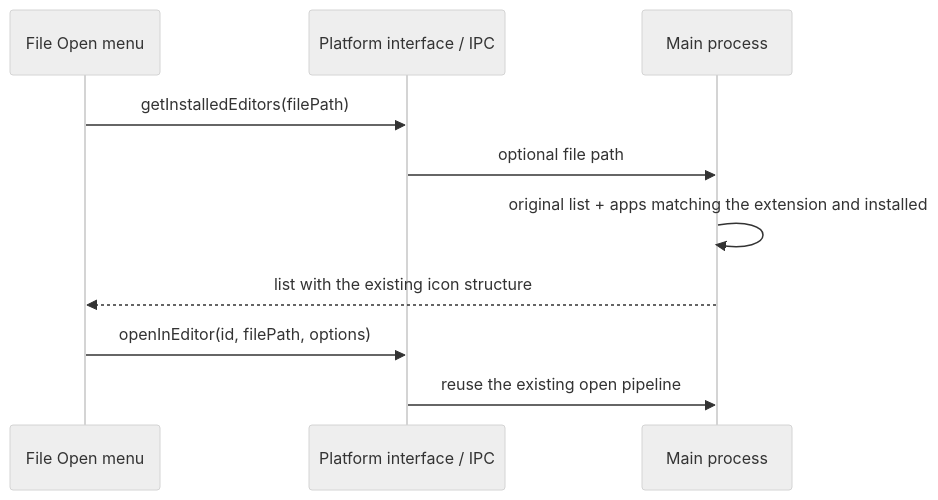
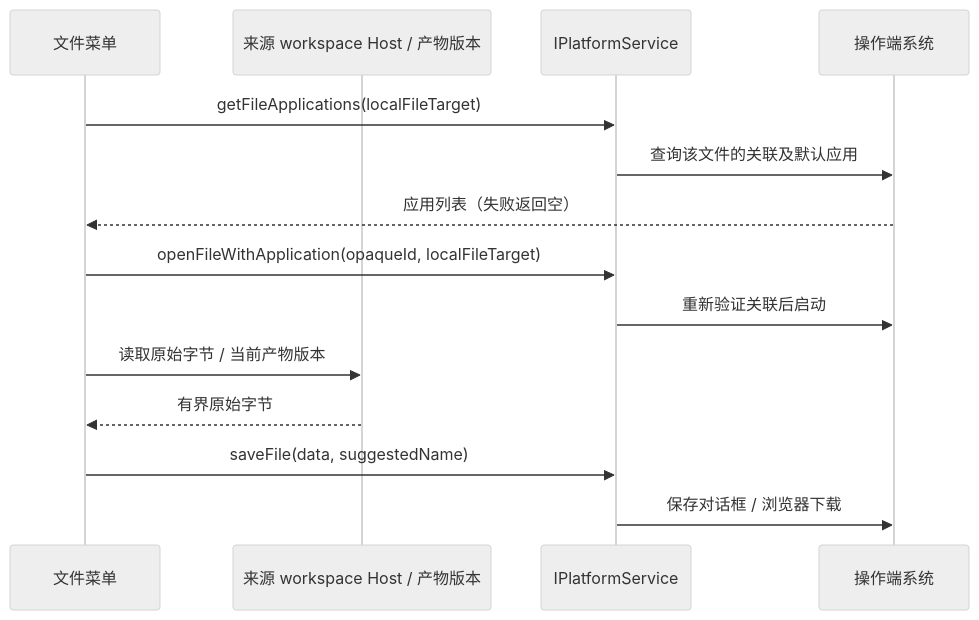
One commit to osben/ZCode changed the diagram in docs/file-preview-open-apps.md. Above: the diagram before and after it, drawn with Mermaid (neutral theme). The commit also changed other lines of this file and 5391 other files, not shown here.

````diff
--- a/docs/file-preview-open-apps.md
+++ b/docs/file-preview-open-apps.md
@@ -20,12 +44,16 @@
 ```mermaid
 sequenceDiagram
-    participant UI as File Open menu
-    participant P as Platform interface / IPC
-    participant M as Main process
-    UI->>P: getInstalledEditors(filePath)
-    P->>M: optional file path
-    M->>M: original list + apps matching the extension and installed
-    M-->>UI: list with the existing icon structure
-    UI->>P: openInEditor(id, filePath, options)
-    P->>M: reuse the existing open pipeline
+    participant UI as 文件菜单
+    participant FS as 来源 workspace Host / 产物版本
+    participant P as IPlatformService
+    participant OS as 操作端系统
+    UI->>P: getFileApplications(localFileTarget)
+    P->>OS: 查询该文件的关联及默认应用
+    OS-->>UI: 应用列表（失败返回空）
+    UI->>P: openFileWithApplication(opaqueId, localFileTarget)
+    P->>OS: 重新验证关联后启动
+    UI->>FS: 读取原始字节 / 当前产物版本
+    FS-->>UI: 有界原始字节
+    UI->>P: saveFile(data, suggestedName)
+    P->>OS: 保存对话框 / 浏览器下载
 ```
````
